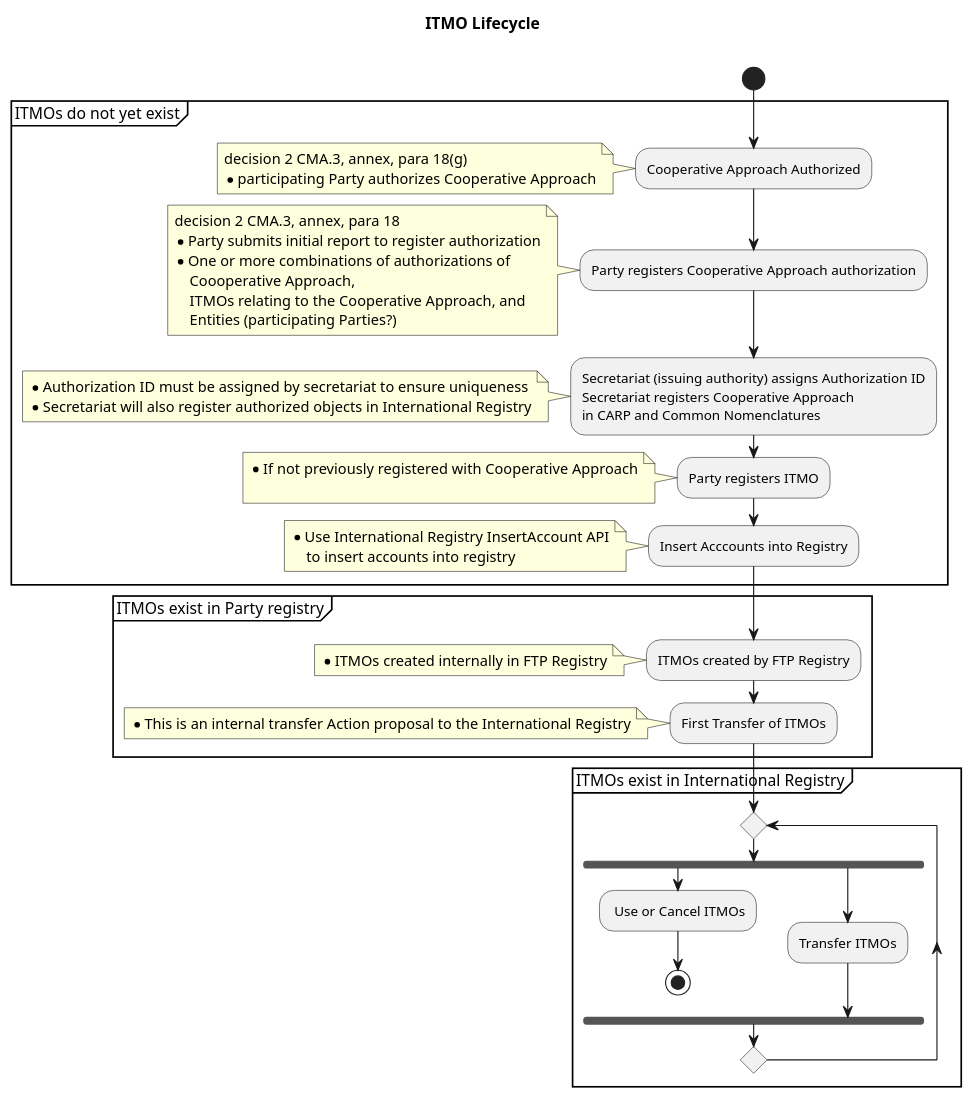
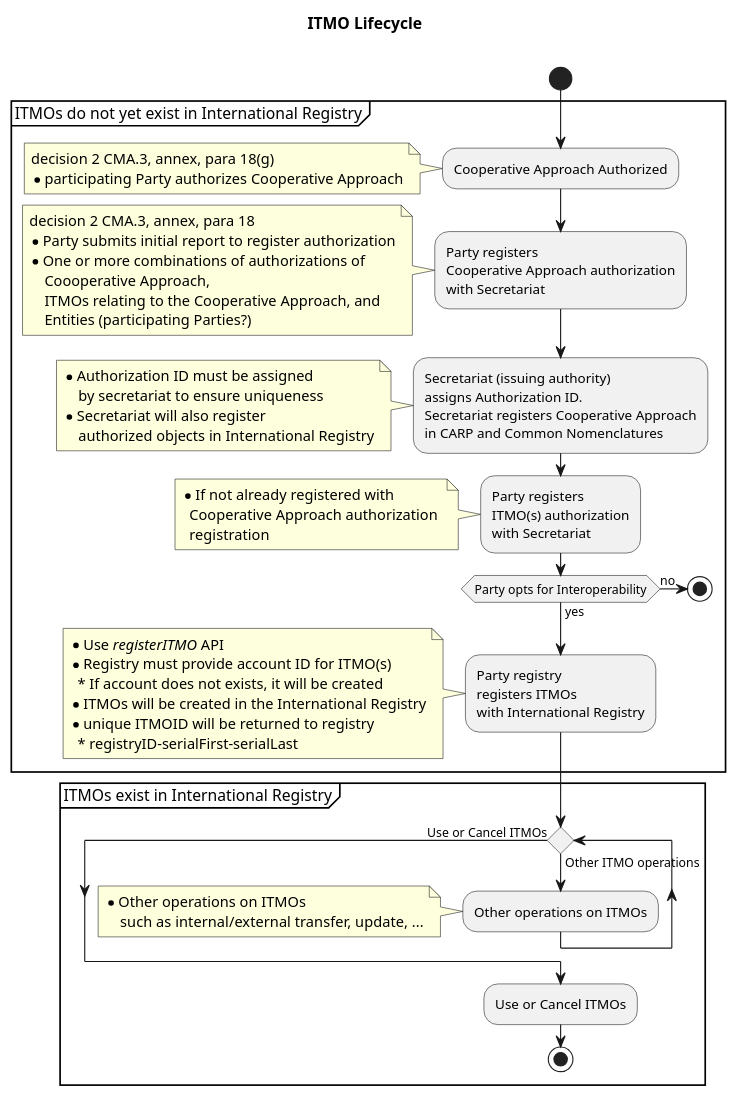
Before and after one commit to frankcnng/CARP: the diagram in diagrams/ITMO Lifecycle Activity.puml, drawn with PlantUML.

Commit message:
Update ITMO Lifecycle Activity.puml
Fully revised

```diff
--- a/diagrams/ITMO Lifecycle Activity.puml
+++ b/diagrams/ITMO Lifecycle Activity.puml
@@ -1,80 +1,85 @@
 @startuml
 
 title ITMO Lifecycle \n
 
 start
 
-partition ITMOs do not yet exist {
+partition ITMOs do not yet exist in International Registry {
     
     :Cooperative Approach Authorized;
       note left
         decision 2 CMA.3, annex, para 18(g)
         * participating Party authorizes Cooperative Approach
       end note
   
-    :Party registers Cooperative Approach authorization;
+    :Party registers
+    Cooperative Approach authorization
+    with Secretariat;
       note left
         decision 2 CMA.3, annex, para 18
         * Party submits initial report to register authorization
         * One or more combinations of authorizations of
             Coooperative Approach,
             ITMOs relating to the Cooperative Approach, and
             Entities (participating Parties?)
       end note
   
-    :Secretariat (issuing authority) assigns Authorization ID
+    :Secretariat (issuing authority)
+    assigns Authorization ID.
     Secretariat registers Cooperative Approach
     in CARP and Common Nomenclatures;
       note left
-        * Authorization ID must be assigned by secretariat to ensure uniqueness
-        * Secretariat will also register authorized objects in International Registry
+        * Authorization ID must be assigned
+            by secretariat to ensure uniqueness
+        * Secretariat will also register 
+            authorized objects in International Registry
       end note
     
-    :Party registers ITMO;
+    :Party registers 
+    ITMO(s) authorization
+    with Secretariat;
     
     note left
-        * If not previously registered with Cooperative Approach
-
+        * If not already registered with 
+          Cooperative Approach authorization 
+          registration
     end note
+  
+    if (Party opts for Interoperability) then (yes)
+  
+      :Party registry
+      registers ITMOs
+      with International Registry;
+        note left
+        * Use //registerITMO// API
+        * Registry must provide account ID for ITMO(s)
+          * If account does not exists, it will be created
+        * ITMOs will be created in the International Registry
+        * unique ITMOID will be returned to registry
+          * registryID-serialFirst-serialLast
+        end note
+      
+    else (no)
+      stop
     
-    :Insert Acccounts into Registry;
-    
-    note left
-        * Use International Registry InsertAccount API
-            to insert accounts into registry
-    end note
-    
-    }
-
-partition ITMOs exist in Party registry {
-    
-    :ITMOs created by FTP Registry;
-    
-    note left
-        * ITMOs created internally in FTP Registry
-    end note
-    
-    :First Transfer of ITMOs;
-    
-    note left
-        * This is an internal transfer Action proposal to the International Registry
-    end note
-    
+  endif
 }
 
 partition ITMOs exist in International Registry {
     
-    repeat
+  while () is (Other ITMO operations)
+  
+    :Other operations on ITMOs;
+      note left
+      * Other operations on ITMOs
+          such as internal/external transfer, update, ...
+      end note
     
-        fork
-            : Use or Cancel ITMOs;
-            stop
-        fork again
-            :Transfer ITMOs;
-        end fork
-        
-    repeat while ()
+  endwhile (Use or Cancel ITMOs)
+    :Use or Cancel ITMOs;
+    stop
+
     
 }
 
 @enduml
```
